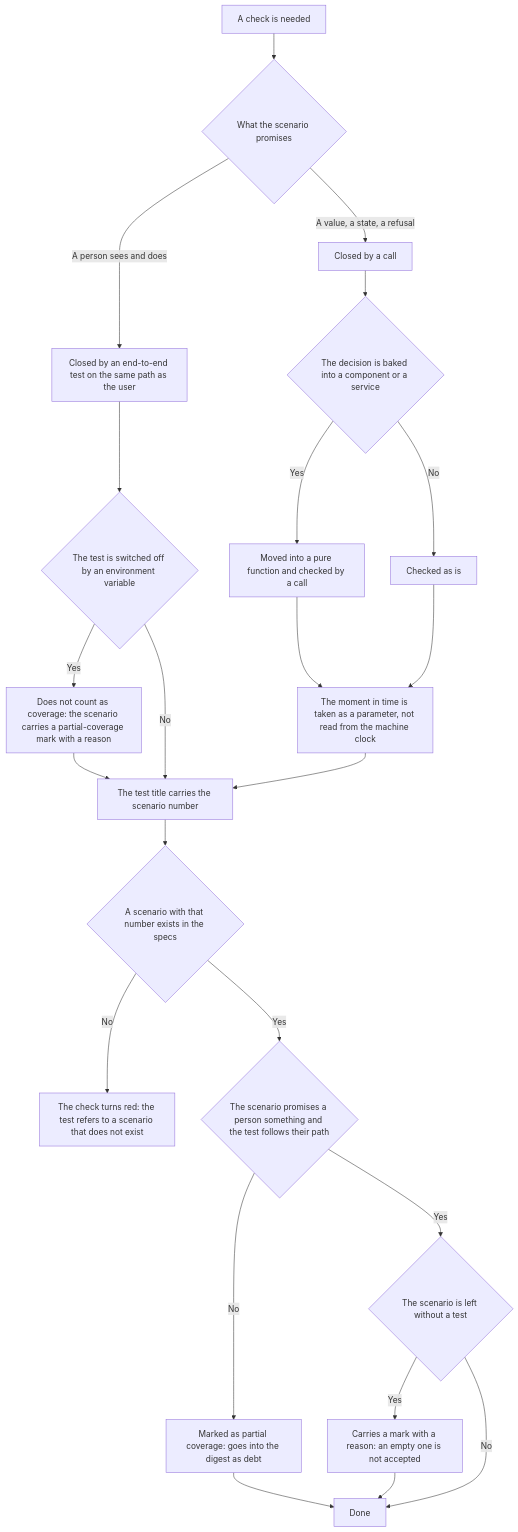
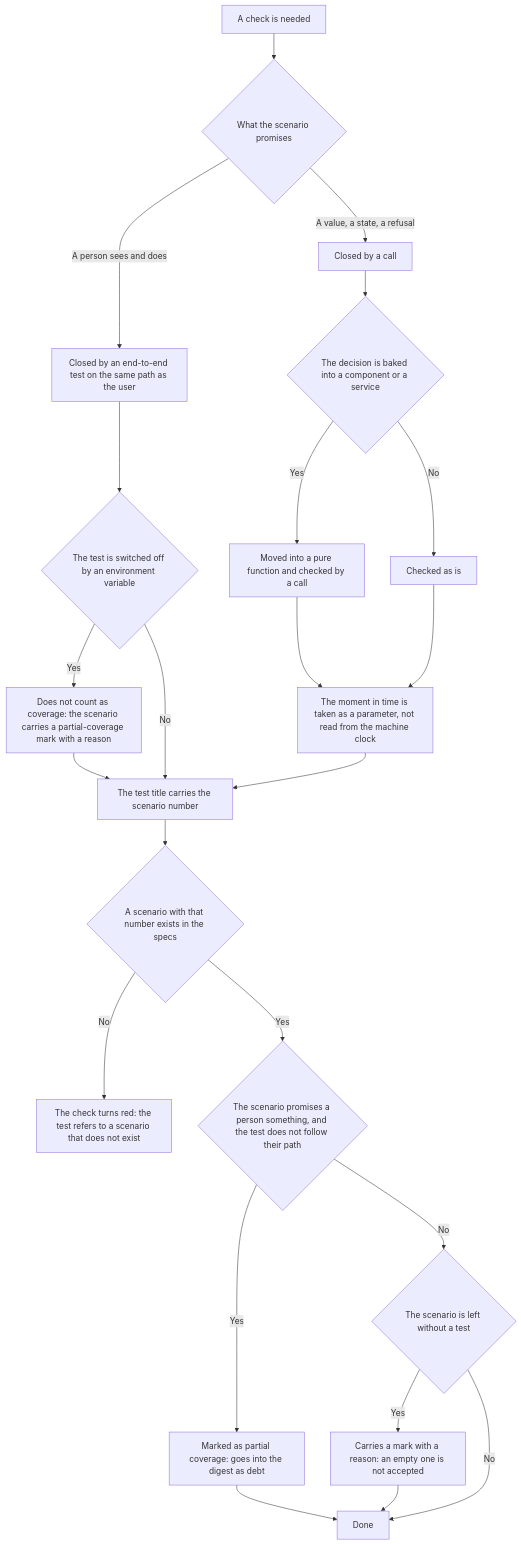
The diagram in .claude/skills/testing/SKILL.md (Eyhenij/rt-tools), drawn with Mermaid before and after one commit. The commit also changed other lines of this file and 21 other files, not shown here.

````diff
--- a/.claude/skills/testing/SKILL.md
+++ b/.claude/skills/testing/SKILL.md
@@ -40,25 +40,25 @@
 ```mermaid
 flowchart TD
     A[A check is needed] --> B{What the scenario promises}
     B -->|A person sees and does| C[Closed by an end-to-end test on the same path as the user]
     B -->|A value, a state, a refusal| D[Closed by a call]
     D --> E{The decision is baked into a component or a service}
     E -->|Yes| F[Moved into a pure function and checked by a call]
     E -->|No| G[Checked as is]
     F --> H[The moment in time is taken as a parameter, not read from the machine clock]
     G --> H
     C --> I{The test is switched off by an environment variable}
     I -->|Yes| J[Does not count as coverage: the scenario carries a partial-coverage mark with a reason]
     I -->|No| K[The test title carries the scenario number]
     H --> K
     K --> P{A scenario with that number exists in the specs}
     P -->|No| Q[The check turns red: the test refers to a scenario that does not exist]
-    P -->|Yes| R{The scenario promises a person something and the test follows their path}
-    R -->|No| S[Marked as partial coverage: goes into the digest as debt]
-    R -->|Yes| L{The scenario is left without a test}
+    P -->|Yes| R{The scenario promises a person something, and the test does not follow their path}
+    R -->|Yes| S[Marked as partial coverage: goes into the digest as debt]
+    R -->|No| L{The scenario is left without a test}
     L -->|Yes| M[Carries a mark with a reason: an empty one is not accepted]
     L -->|No| N[Done]
     S --> N
     M --> N
     J --> K
 ```
````
